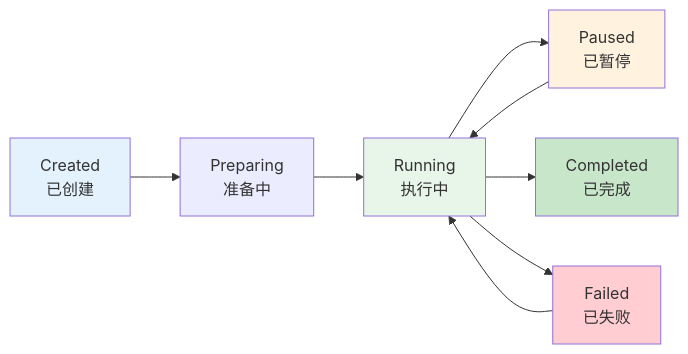
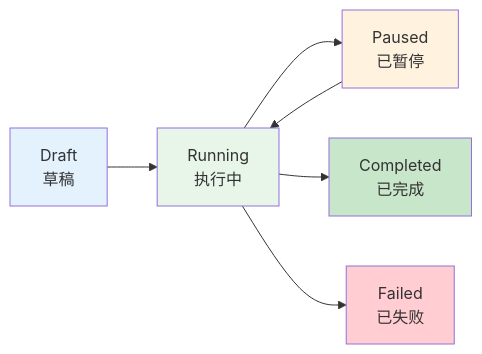
One commit to sopaco/cowork-forge changed the third of 3 diagrams in docs/architecture/iteration-architecture.md. Above: the diagram before and after it, drawn with Mermaid. The commit also changed other lines of this file and 4 other files, not shown here.

````diff
--- a/docs/architecture/iteration-architecture.md
+++ b/docs/architecture/iteration-architecture.md
@@ -91,16 +94,14 @@
 ```mermaid
 graph LR
-    CREATED["Created<br/>已创建"] --> PREPARING["Preparing<br/>准备中"]
-    PREPARING --> RUNNING["Running<br/>执行中"]
+    DRAFT["Draft<br/>草稿"] --> RUNNING["Running<br/>执行中"]
     RUNNING --> PAUSED["Paused<br/>已暂停"]
     PAUSED --> RUNNING
     RUNNING --> COMPLETED["Completed<br/>已完成"]
     RUNNING --> FAILED["Failed<br/>已失败"]
-    FAILED --> RUNNING
 
-    style CREATED fill:#e3f2fd
+    style DRAFT fill:#e3f2fd
     style RUNNING fill:#e8f5e9
     style COMPLETED fill:#c8e6c9
     style PAUSED fill:#fff3e0
     style FAILED fill:#ffcdd2
 ```
````
